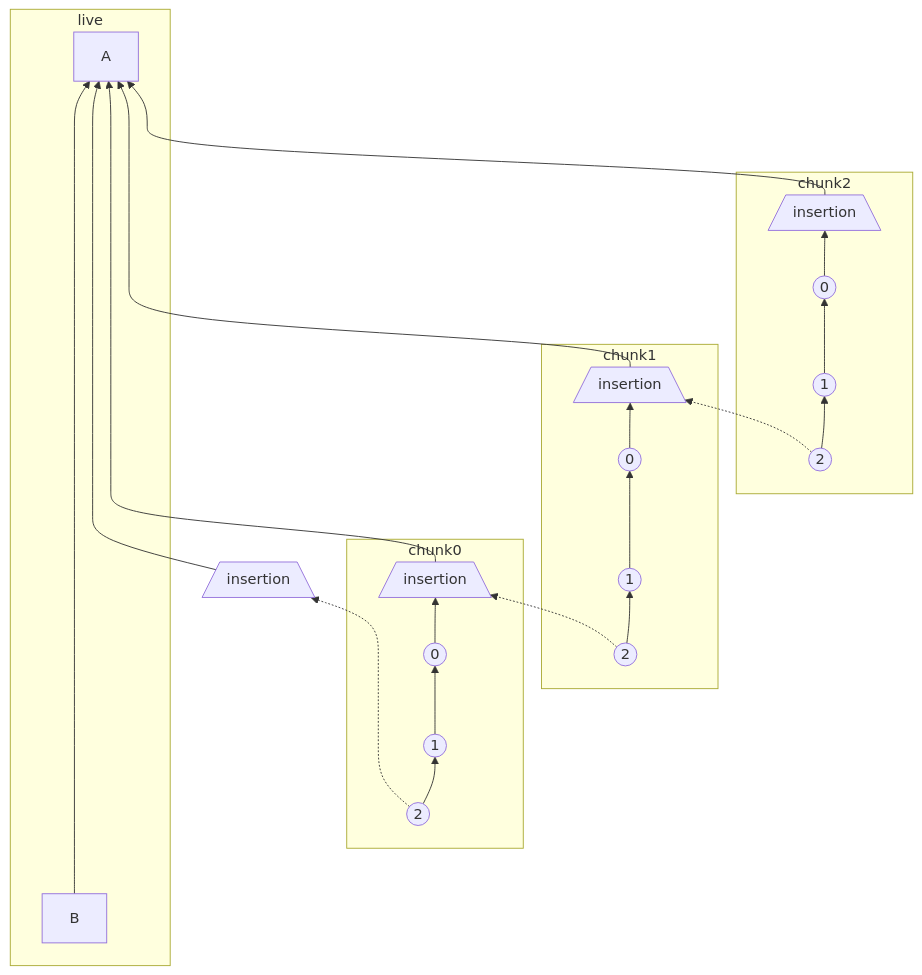
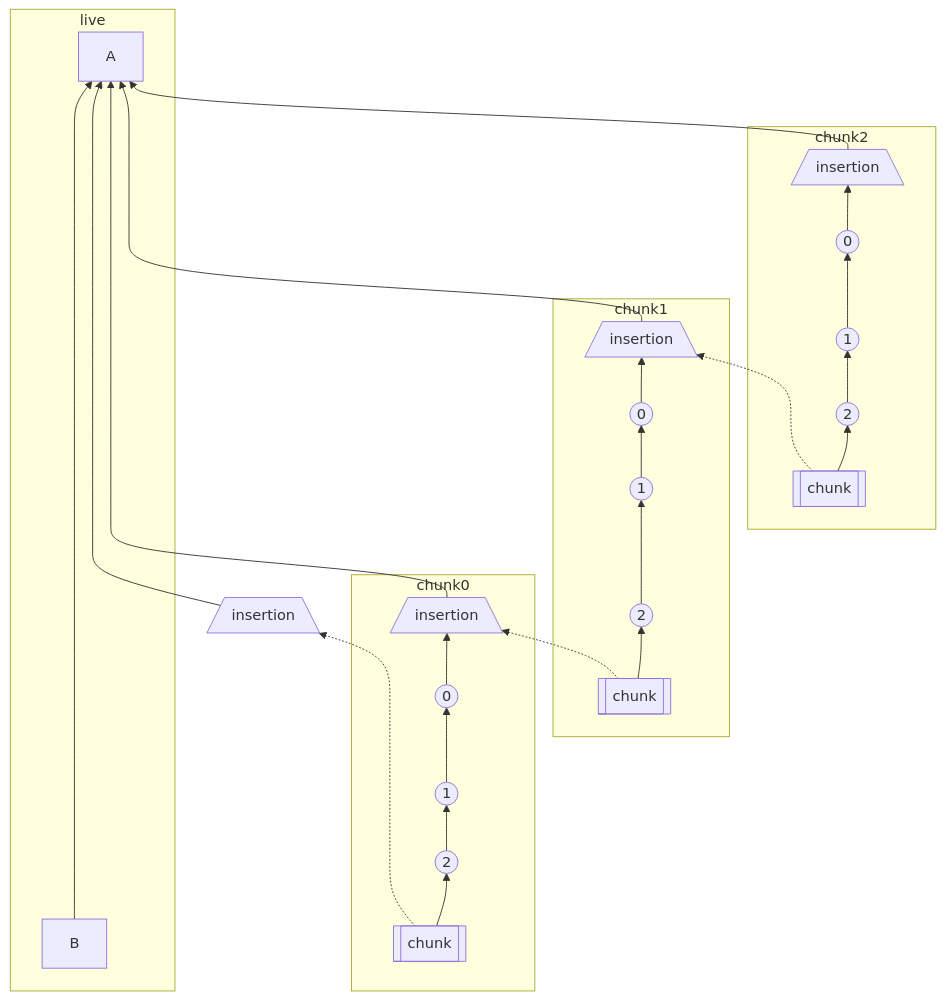
One commit to matrix-org/matrix-spec-proposals changed the second of 3 diagrams in proposals/2716-batch-send-historical-messages.md. Above: the diagram before and after it, drawn with Mermaid. The commit also changed other lines of this file, not shown here.

Commit message:
Update with chunk events

````diff
--- a/proposals/2716-batch-send-historical-messages.md
+++ b/proposals/2716-batch-send-historical-messages.md
@@ -74,27 +106,27 @@
 ```mermaid
 flowchart BT
     subgraph live
-        B ------------> A
+        B --------------> A
     end
     
     subgraph chunk0
-        chunk0-2(("2")) --> chunk0-1((1)) --> chunk0-0((0)) --> chunk0-insertion[/insertion\]
+        chunk0-chunk[["chunk"]] --> chunk0-2(("2")) --> chunk0-1((1)) --> chunk0-0((0)) --> chunk0-insertion[/insertion\]
     end
 
     subgraph chunk1
-        chunk1-2(("2")) --> chunk1-1((1)) --> chunk1-0((0)) --> chunk1-insertion[/insertion\]
+        chunk1-chunk[["chunk"]] --> chunk1-2(("2")) --> chunk1-1((1)) --> chunk1-0((0)) --> chunk1-insertion[/insertion\]
     end
     
     subgraph chunk2
-        chunk2-2(("2")) --> chunk2-1((1)) --> chunk2-0((0)) --> chunk2-insertion[/insertion\]
+        chunk2-chunk[["chunk"]] --> chunk2-2(("2")) --> chunk2-1((1)) --> chunk2-0((0)) --> chunk2-insertion[/insertion\]
     end
 
     
     chunk0-insertionBase[/insertion\] -------> A
-    chunk0-2(("2")) -.-> chunk0-insertionBase[/insertion\]
+    chunk0-chunk -.-> chunk0-insertionBase
     chunk0-insertion -------> A
     chunk1-insertion --> A
-    chunk1-2 -.-> chunk0-insertion
+    chunk1-chunk -.-> chunk0-insertion
     chunk2-insertion --> A
-    chunk2-2 -.-> chunk1-insertion
+    chunk2-chunk -.-> chunk1-insertion
 ```
````
